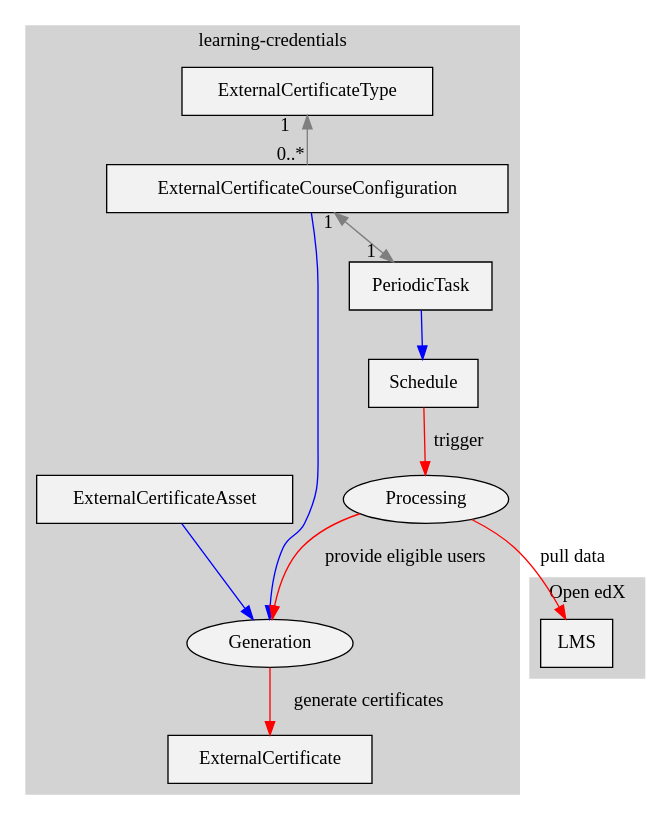
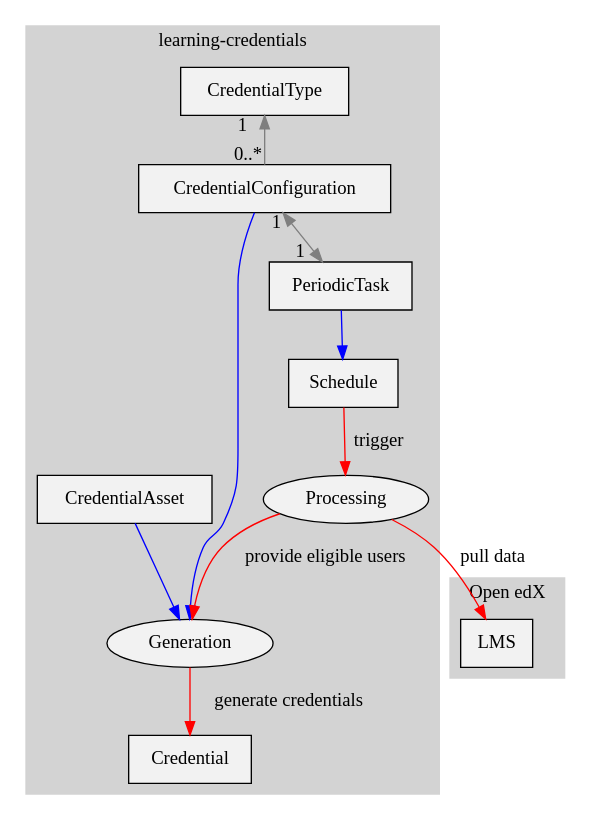
Before and after one commit to open-craft/learning-credentials: the diagram in docs/decisions/0002-architecture.rst, drawn with Graphviz. The commit also changed other lines of this file and 19 other files, not shown here.

Commit message:
refactor: rename `ExternalCertificate` to `Credential`

```diff
--- a/docs/decisions/0002-architecture.rst
+++ b/docs/decisions/0002-architecture.rst
@@ -41,56 +41,56 @@
 .. graphviz::
 
     digraph G {
         node [shape=box, style=filled, fillcolor=gray95]
         edge [fontcolor=black, color=black]
 
         subgraph cluster_0 {
             label = "Open edX";
             style=filled;
             color=lightgrey;
 
             // Resources
             LMS;
         }
 
         subgraph cluster_1 {
             label = "learning-credentials";
             style=filled;
             color=lightgrey;
 
             // Resources/models
-            CertificateType [label="ExternalCertificateType"]
-            CourseConfiguration [label="ExternalCertificateCourseConfiguration"]
-            Certificate [label="ExternalCertificate"]
-            Asset [label="ExternalCertificateAsset"]
+            CredentialType [label="CredentialType"]
+            CourseConfiguration [label="CredentialConfiguration"]
+            Credential [label="Credential"]
+            Asset [label="CredentialAsset"]
             PeriodicTask
             Schedule
 
             // Processes
             Processing [shape=ellipse]
             Generation [shape=ellipse]
 
             // DB relations
             edge [fontcolor=black, color=gray50]
-            CertificateType -> CourseConfiguration [dir=back, headlabel="0..*", taillabel="1   "]
+            CredentialType -> CourseConfiguration [dir=back, headlabel="0..*", taillabel="1   "]
             CourseConfiguration -> PeriodicTask [dir=both, headlabel="1   ", taillabel="1"]
 
             // Non-DB relations
             edge [fontcolor=black, color=blue]
             CourseConfiguration -> Generation
             Asset -> Generation
             PeriodicTask -> Schedule
 
             // Processes
             edge [fontcolor=black, color=red]
             Schedule -> Processing [label="trigger"]
             Processing -> Generation [label="provide eligible users"]
-            Generation -> Certificate [label="generate certificates"]
+            Generation -> Credential [label="generate credentials"]
         }
 
 
         // Processes involving external APIs.
         edge [fontcolor=black, color=red]
         Processing -> LMS [label="pull data", dir=forward]
 
     }
```
